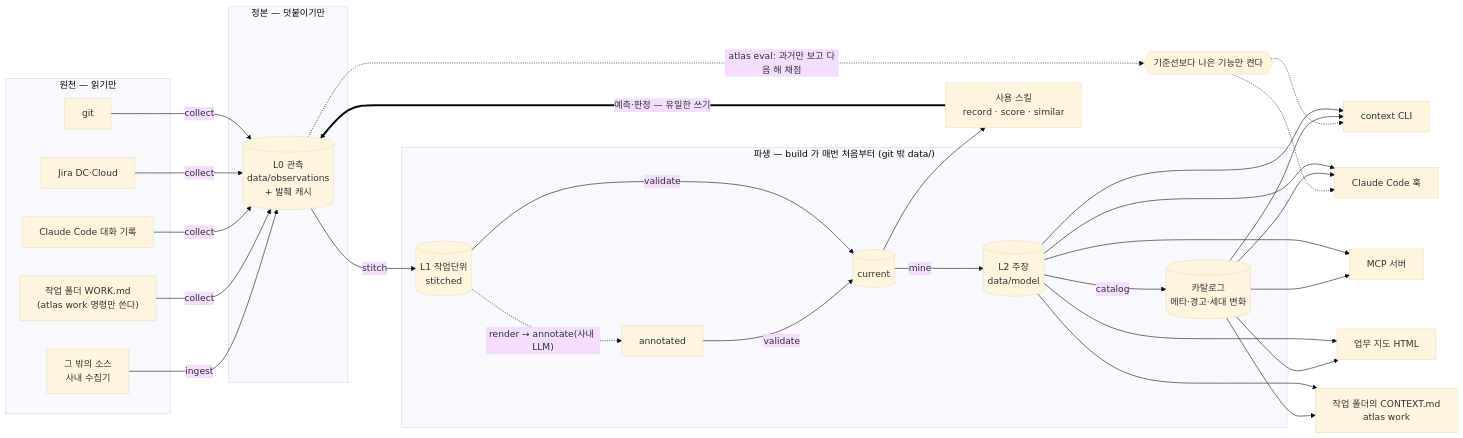
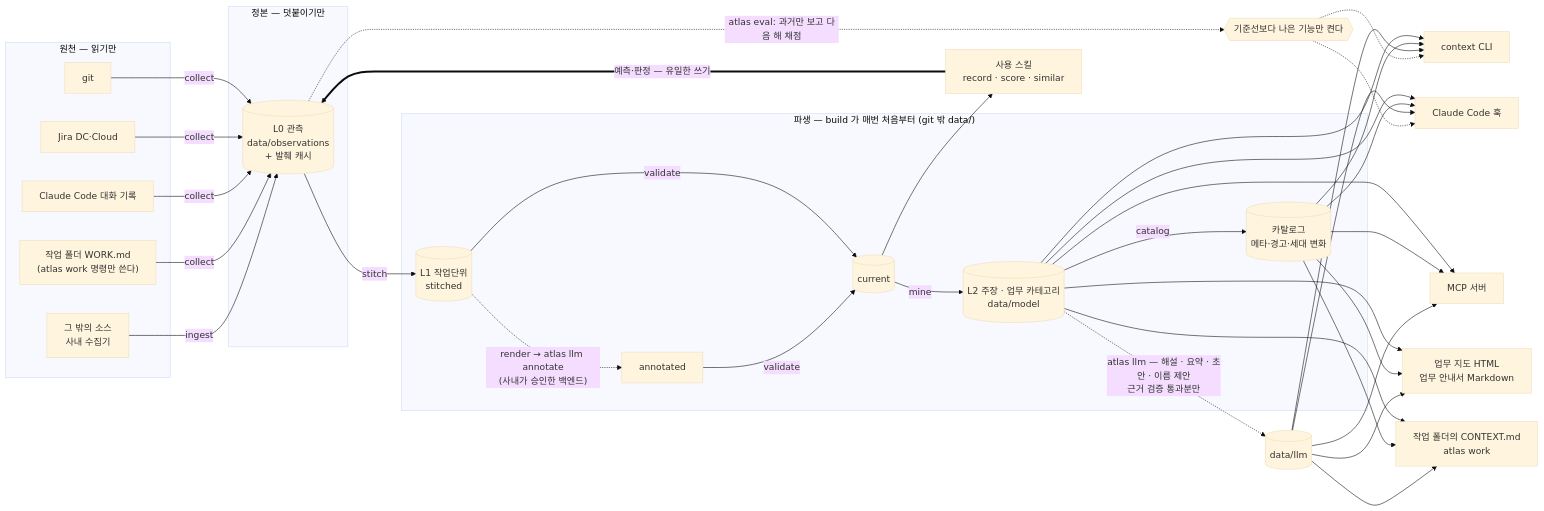
One commit to d-j-lee/work-atlas changed the first of 3 diagrams in ARCHITECTURE.md. Above: the diagram before and after it, drawn with Mermaid (base theme). The commit also changed other lines of this file and 48 other files, not shown here.

````diff
--- a/ARCHITECTURE.md
+++ b/ARCHITECTURE.md
@@ -9,28 +9,29 @@
 ```mermaid
 flowchart LR
   subgraph SRC["원천 — 읽기만"]
     G[git] & J[Jira DC·Cloud] & CC[Claude Code 대화 기록] & WS["작업 폴더 WORK.md<br/>(atlas work 명령만 쓴다)"] & X[그 밖의 소스<br/>사내 수집기]
   end
   subgraph CANON["정본 — 덧붙이기만"]
     L0[("L0 관측<br/>data/observations<br/>+ 발췌 캐시")]
   end
   subgraph DER["파생 — build 가 매번 처음부터 (git 밖 data/)"]
     L1[("L1 작업단위<br/>stitched")]
     AN[annotated]
     CUR[("current")]
-    L2[("L2 주장<br/>data/model")]
+    L2[("L2 주장 · 업무 카테고리<br/>data/model")]
     META[("카탈로그<br/>메타·경고·세대 변화")]
   end
   G & J & CC & WS -->|collect| L0
   X -->|ingest| L0
   L0 -->|stitch| L1
-  L1 -.->|"render → annotate(사내 LLM)"| AN
+  L1 -.->|"render → atlas llm annotate<br/>(사내가 승인한 백엔드)"| AN
   L1 & AN -->|validate| CUR
   CUR -->|mine| L2
   L2 -->|catalog| META
-  L2 & META --> CTX[context CLI] & HK[Claude Code 훅] & MCP[MCP 서버] & RP[업무 지도 HTML] & WF[작업 폴더의 CONTEXT.md<br/>atlas work]
+  L2 -.->|"atlas llm — 해설 · 요약 · 초안 · 이름 제안<br/>근거 검증 통과분만"| LLM[("data/llm")]
+  L2 & META & LLM --> CTX[context CLI] & HK[Claude Code 훅] & MCP[MCP 서버] & RP[업무 지도 HTML<br/>업무 안내서 Markdown] & WF[작업 폴더의 CONTEXT.md<br/>atlas work]
   CUR --> SK[사용 스킬<br/>record · score · similar]
   SK ==>|"예측·판정 — 유일한 쓰기"| L0
   L0 -.->|"atlas eval: 과거만 보고 다음 해 채점"| EV{{"기준선보다 나은 기능만 켠다"}}
   EV -.-> CTX & HK
 ```
````
